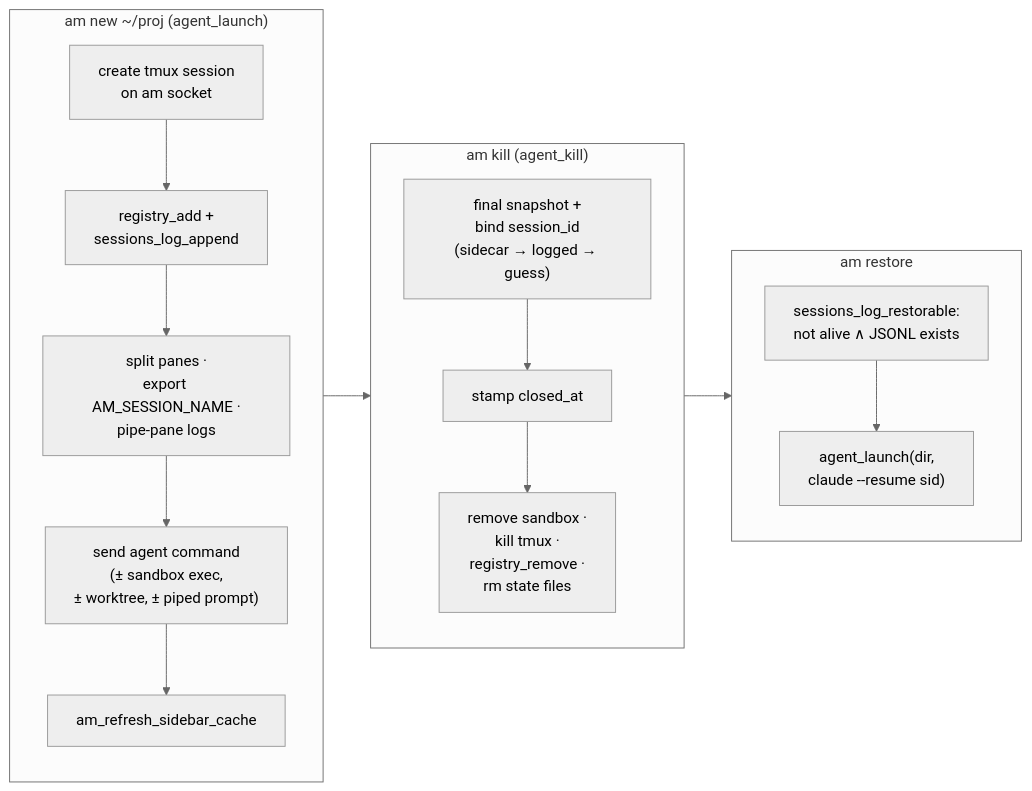
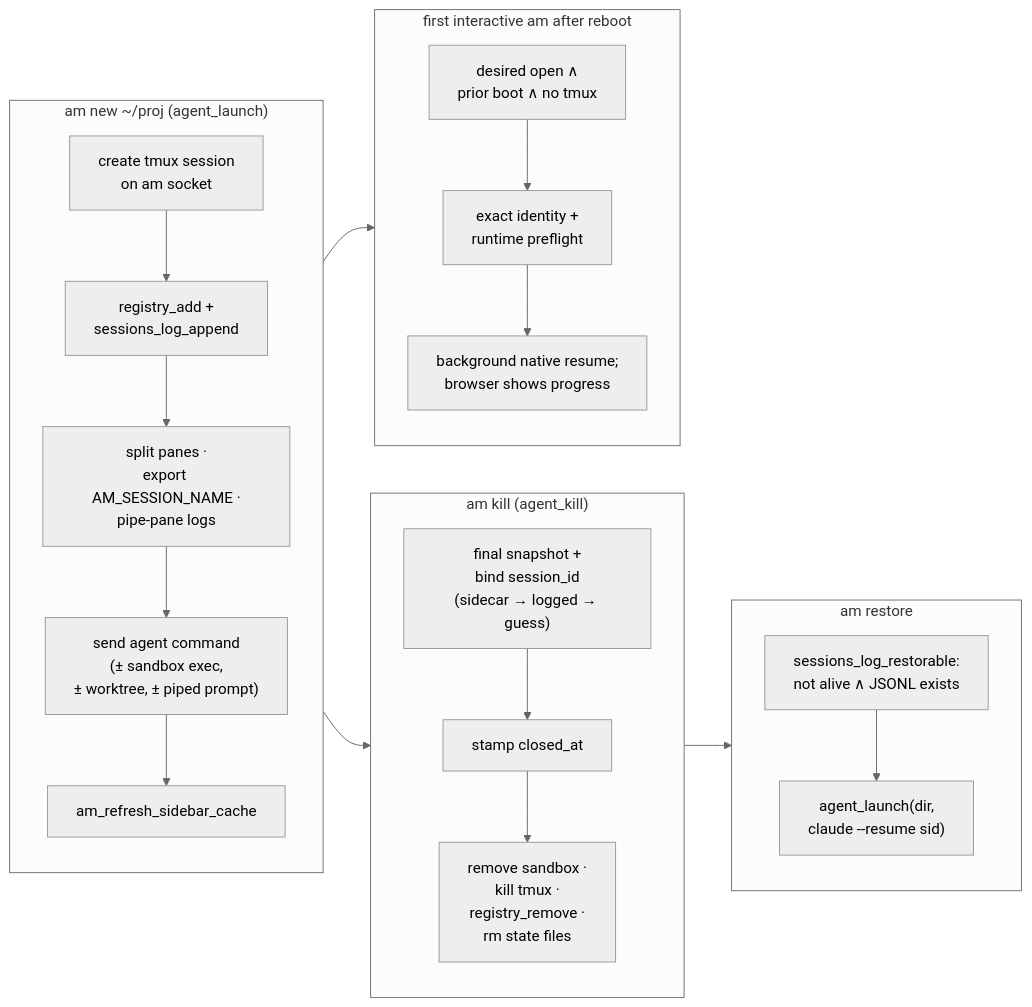
The second of 2 diagrams in docs/concepts.md (ehudt/agent-manager), drawn with Mermaid (neutral theme) before and after one commit. The commit also changed other lines of this file and 29 other files, not shown here.

First line of the commit message:
Restore open sessions after reboot

````diff
--- a/docs/concepts.md
+++ b/docs/concepts.md
@@ -131,17 +136,22 @@
 ```mermaid
 flowchart LR
     subgraph launch["am new ~/proj  (agent_launch)"]
       L1["create tmux session<br/>on am socket"] --> L2["registry_add +<br/>sessions_log_append"]
       L2 --> L3["split panes ·<br/>export AM_SESSION_NAME ·<br/>pipe-pane logs"]
       L3 --> L4["send agent command<br/>(± sandbox exec,<br/>± worktree, ± piped prompt)"]
       L4 --> L5["am_refresh_sidebar_cache"]
     end
     subgraph kill["am kill  (agent_kill)"]
       K1["final snapshot +<br/>bind session_id<br/>(sidecar → logged → guess)"] --> K2["stamp closed_at"]
       K2 --> K3["remove sandbox ·<br/>kill tmux ·<br/>registry_remove ·<br/>rm state files"]
     end
     subgraph restore["am restore"]
       R1["sessions_log_restorable:<br/>not alive ∧ JSONL exists"] --> R2["agent_launch(dir,<br/>claude --resume sid)"]
     end
+    subgraph reboot["first interactive am after reboot"]
+      B1["desired open ∧<br/>prior boot ∧ no tmux"] --> B2["exact identity +<br/>runtime preflight"]
+      B2 --> B3["background native resume;<br/>browser shows progress"]
+    end
     launch --> kill --> restore
+    launch --> reboot
 ```
````
